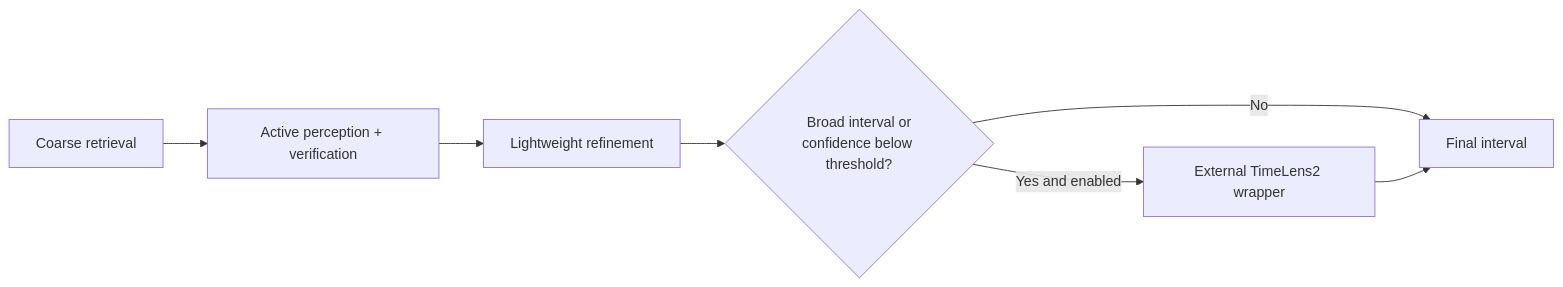
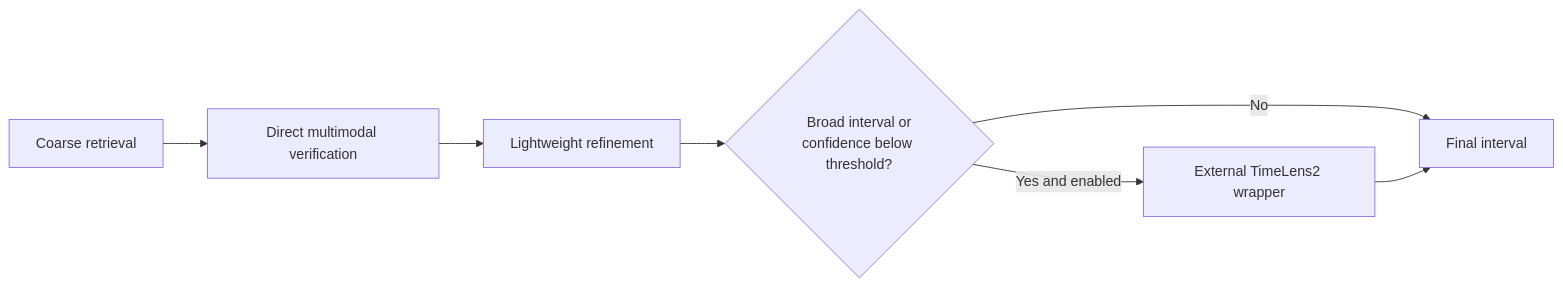
The tenth of 12 diagrams in SYSTEM_DESIGN.md (giaphoang/PatrolLens), drawn with Mermaid before and after one commit. The commit also changed other lines of this file and 23 other files, not shown here.

````diff
--- a/SYSTEM_DESIGN.md
+++ b/SYSTEM_DESIGN.md
@@ -373,8 +352,8 @@
 ```mermaid
 flowchart LR
-    RET["Coarse retrieval"] --> GEM["Active perception + verification"]
+    RET["Coarse retrieval"] --> GEM["Direct multimodal verification"]
     GEM --> REF["Lightweight refinement"]
     REF --> CHECK{"Broad interval or<br/>confidence below threshold?"}
     CHECK -->|"No"| OUT["Final interval"]
     CHECK -->|"Yes and enabled"| TL["External TimeLens2 wrapper"] --> OUT
 ```
````
